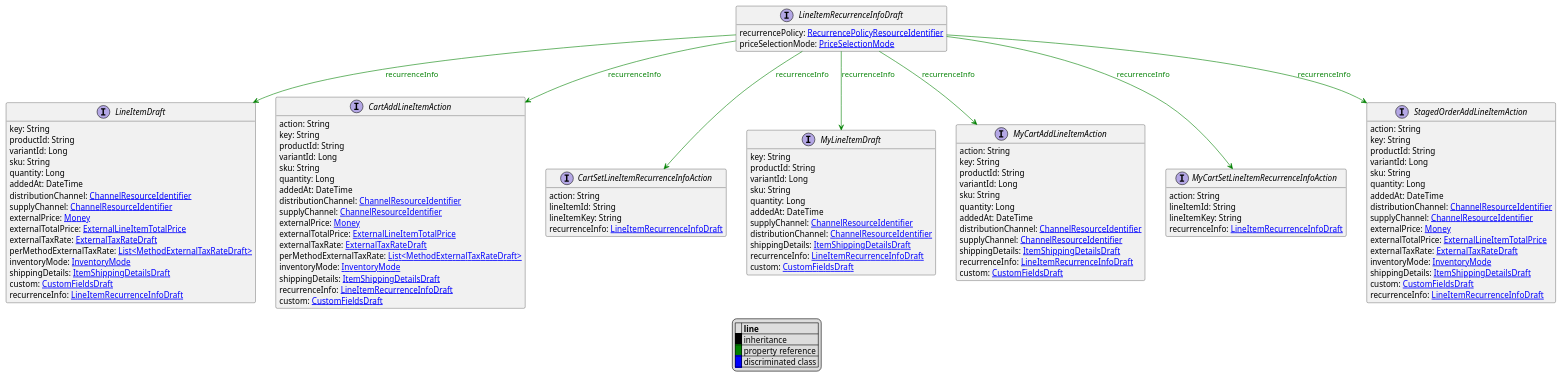
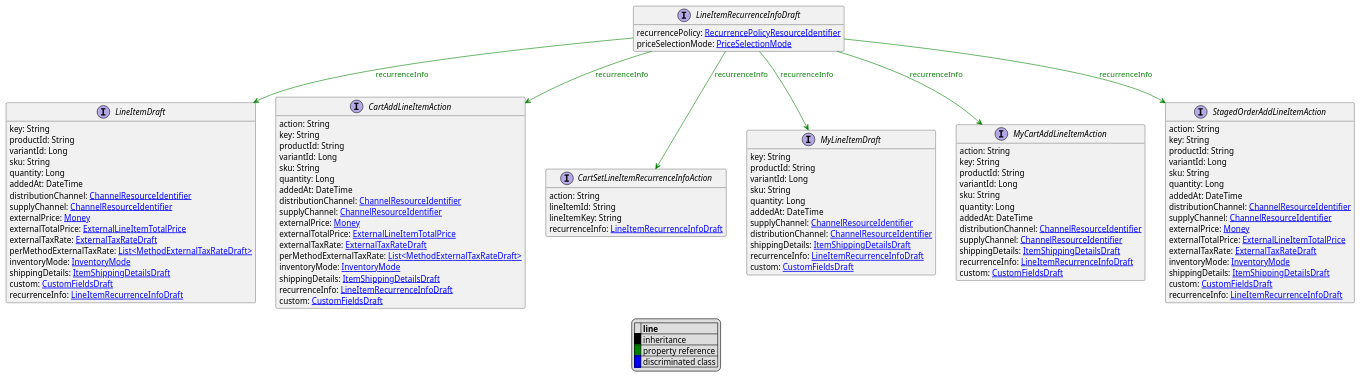
Before and after one commit to commercetools/commercetools-api-reference: the diagram in uml/api/LineItemRecurrenceInfoDraft.puml, drawn with PlantUML. The commit also changed 38 other files, not shown here.

```diff
--- a/uml/api/LineItemRecurrenceInfoDraft.puml
+++ b/uml/api/LineItemRecurrenceInfoDraft.puml
@@ -1,120 +1,113 @@
 @startuml
 
 hide empty fields
 hide empty methods
 legend
 |= |= line |
 |<back:black>   </back>| inheritance |
 |<back:green>   </back>| property reference |
 |<back:blue>   </back>| discriminated class |
 endlegend
 interface LineItemRecurrenceInfoDraft [[LineItemRecurrenceInfoDraft.svg]]  {
     recurrencePolicy: [[RecurrencePolicyResourceIdentifier.svg RecurrencePolicyResourceIdentifier]]
     priceSelectionMode: [[PriceSelectionMode.svg PriceSelectionMode]]
 }
 
 
 
 interface LineItemDraft [[LineItemDraft.svg]]  {
     key: String
     productId: String
     variantId: Long
     sku: String
     quantity: Long
     addedAt: DateTime
     distributionChannel: [[ChannelResourceIdentifier.svg ChannelResourceIdentifier]]
     supplyChannel: [[ChannelResourceIdentifier.svg ChannelResourceIdentifier]]
     externalPrice: [[Money.svg Money]]
     externalTotalPrice: [[ExternalLineItemTotalPrice.svg ExternalLineItemTotalPrice]]
     externalTaxRate: [[ExternalTaxRateDraft.svg ExternalTaxRateDraft]]
     perMethodExternalTaxRate: [[MethodExternalTaxRateDraft.svg List<MethodExternalTaxRateDraft>]]
     inventoryMode: [[InventoryMode.svg InventoryMode]]
     shippingDetails: [[ItemShippingDetailsDraft.svg ItemShippingDetailsDraft]]
     custom: [[CustomFieldsDraft.svg CustomFieldsDraft]]
     recurrenceInfo: [[LineItemRecurrenceInfoDraft.svg LineItemRecurrenceInfoDraft]]
 }
 interface CartAddLineItemAction [[CartAddLineItemAction.svg]]  {
     action: String
     key: String
     productId: String
     variantId: Long
     sku: String
     quantity: Long
     addedAt: DateTime
     distributionChannel: [[ChannelResourceIdentifier.svg ChannelResourceIdentifier]]
     supplyChannel: [[ChannelResourceIdentifier.svg ChannelResourceIdentifier]]
     externalPrice: [[Money.svg Money]]
     externalTotalPrice: [[ExternalLineItemTotalPrice.svg ExternalLineItemTotalPrice]]
     externalTaxRate: [[ExternalTaxRateDraft.svg ExternalTaxRateDraft]]
     perMethodExternalTaxRate: [[MethodExternalTaxRateDraft.svg List<MethodExternalTaxRateDraft>]]
     inventoryMode: [[InventoryMode.svg InventoryMode]]
     shippingDetails: [[ItemShippingDetailsDraft.svg ItemShippingDetailsDraft]]
     recurrenceInfo: [[LineItemRecurrenceInfoDraft.svg LineItemRecurrenceInfoDraft]]
     custom: [[CustomFieldsDraft.svg CustomFieldsDraft]]
 }
 interface CartSetLineItemRecurrenceInfoAction [[CartSetLineItemRecurrenceInfoAction.svg]]  {
     action: String
     lineItemId: String
     lineItemKey: String
     recurrenceInfo: [[LineItemRecurrenceInfoDraft.svg LineItemRecurrenceInfoDraft]]
 }
 interface MyLineItemDraft [[MyLineItemDraft.svg]]  {
     key: String
     productId: String
     variantId: Long
     sku: String
     quantity: Long
     addedAt: DateTime
     supplyChannel: [[ChannelResourceIdentifier.svg ChannelResourceIdentifier]]
     distributionChannel: [[ChannelResourceIdentifier.svg ChannelResourceIdentifier]]
     shippingDetails: [[ItemShippingDetailsDraft.svg ItemShippingDetailsDraft]]
     recurrenceInfo: [[LineItemRecurrenceInfoDraft.svg LineItemRecurrenceInfoDraft]]
     custom: [[CustomFieldsDraft.svg CustomFieldsDraft]]
 }
 interface MyCartAddLineItemAction [[MyCartAddLineItemAction.svg]]  {
     action: String
     key: String
     productId: String
     variantId: Long
     sku: String
     quantity: Long
     addedAt: DateTime
     distributionChannel: [[ChannelResourceIdentifier.svg ChannelResourceIdentifier]]
     supplyChannel: [[ChannelResourceIdentifier.svg ChannelResourceIdentifier]]
     shippingDetails: [[ItemShippingDetailsDraft.svg ItemShippingDetailsDraft]]
     recurrenceInfo: [[LineItemRecurrenceInfoDraft.svg LineItemRecurrenceInfoDraft]]
     custom: [[CustomFieldsDraft.svg CustomFieldsDraft]]
 }
-interface MyCartSetLineItemRecurrenceInfoAction [[MyCartSetLineItemRecurrenceInfoAction.svg]]  {
-    action: String
-    lineItemId: String
-    lineItemKey: String
-    recurrenceInfo: [[LineItemRecurrenceInfoDraft.svg LineItemRecurrenceInfoDraft]]
-}
 interface StagedOrderAddLineItemAction [[StagedOrderAddLineItemAction.svg]]  {
     action: String
     key: String
     productId: String
     variantId: Long
     sku: String
     quantity: Long
     addedAt: DateTime
     distributionChannel: [[ChannelResourceIdentifier.svg ChannelResourceIdentifier]]
     supplyChannel: [[ChannelResourceIdentifier.svg ChannelResourceIdentifier]]
     externalPrice: [[Money.svg Money]]
     externalTotalPrice: [[ExternalLineItemTotalPrice.svg ExternalLineItemTotalPrice]]
     externalTaxRate: [[ExternalTaxRateDraft.svg ExternalTaxRateDraft]]
     inventoryMode: [[InventoryMode.svg InventoryMode]]
     shippingDetails: [[ItemShippingDetailsDraft.svg ItemShippingDetailsDraft]]
     custom: [[CustomFieldsDraft.svg CustomFieldsDraft]]
     recurrenceInfo: [[LineItemRecurrenceInfoDraft.svg LineItemRecurrenceInfoDraft]]
 }
 
 LineItemRecurrenceInfoDraft --> LineItemDraft #green;text:green : "recurrenceInfo"
 LineItemRecurrenceInfoDraft --> CartAddLineItemAction #green;text:green : "recurrenceInfo"
 LineItemRecurrenceInfoDraft --> CartSetLineItemRecurrenceInfoAction #green;text:green : "recurrenceInfo"
 LineItemRecurrenceInfoDraft --> MyLineItemDraft #green;text:green : "recurrenceInfo"
 LineItemRecurrenceInfoDraft --> MyCartAddLineItemAction #green;text:green : "recurrenceInfo"
-LineItemRecurrenceInfoDraft --> MyCartSetLineItemRecurrenceInfoAction #green;text:green : "recurrenceInfo"
 LineItemRecurrenceInfoDraft --> StagedOrderAddLineItemAction #green;text:green : "recurrenceInfo"
 @enduml
```
